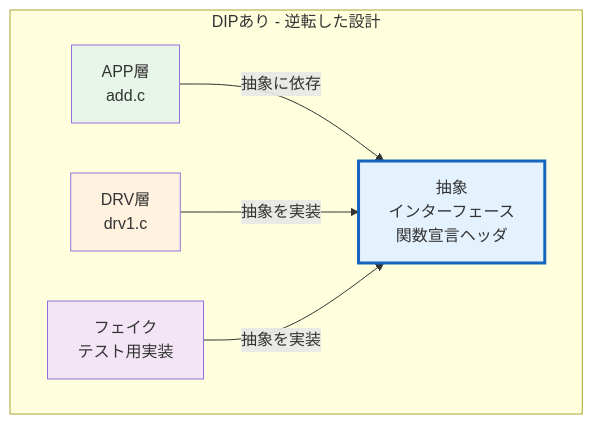
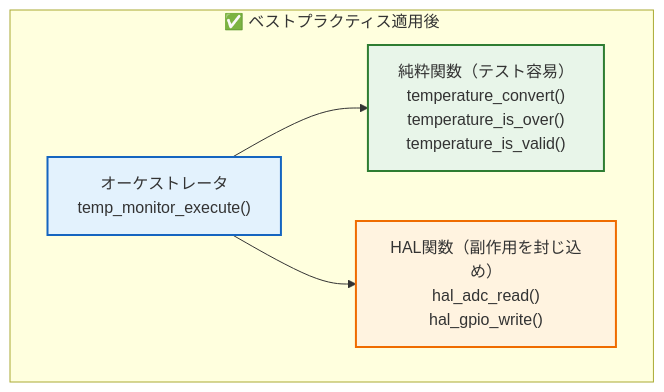
The second of 8 diagrams in docs/md/05_solid_dip.md (OhnariJinta/TeachingEmbC), drawn with Mermaid before and after one commit. The commit also changed other lines of this file and 27 other files, not shown here.

First line of the commit message:
Replace APP/DRV with general embedded C best practices: temperature monitor with pure functions, HAL, before/after examples, 16 passing tests

````diff
--- a/docs/md/05_solid_dip.md
+++ b/docs/md/05_solid_dip.md
@@ -158,13 +61,15 @@
 ```mermaid
 graph TD
-    subgraph DIPあり - 逆転した設計
-        APP2[APP層<br>add.c] -->|抽象に依存| IF2[抽象<br>インターフェース<br>関数宣言ヘッダ]
-        DRV2[DRV層<br>drv1.c] -->|抽象を実装| IF2
-        FAKE2[フェイク<br>テスト用実装] -->|抽象を実装| IF2
+    subgraph After["✅ ベストプラクティス適用後"]
+        PURE["純粋関数（テスト容易）\ntemperature_convert()\ntemperature_is_over()\ntemperature_is_valid()"]
+        ORCH["オーケストレータ\ntemp_monitor_execute()"]
+        HAL_LAYER["HAL関数（副作用を封じ込め）\nhal_adc_read()\nhal_gpio_write()"]
     end
     
-    style APP2 fill:#e8f5e9
-    style IF2 fill:#e3f2fd,stroke:#1565c0,stroke-width:3px
-    style DRV2 fill:#fff3e0
-    style FAKE2 fill:#f3e5f5
+    ORCH --> PURE
+    ORCH --> HAL_LAYER
+    
+    style PURE fill:#e8f5e9,stroke:#2e7d32,stroke-width:2px
+    style ORCH fill:#e3f2fd,stroke:#1565c0,stroke-width:2px
+    style HAL_LAYER fill:#fff3e0,stroke:#ef6c00,stroke-width:2px
 ```
````
